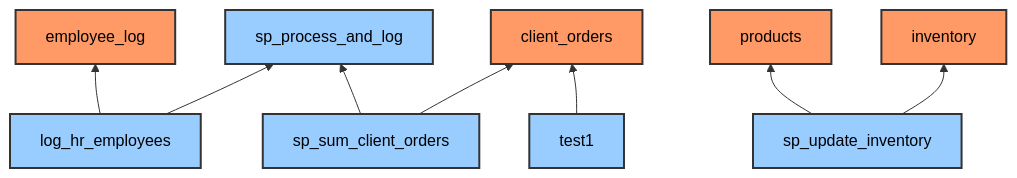
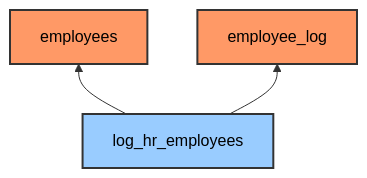
Before and after one commit to 25Jayesh10/Data_Lineage_Analyzer: the diagram in diagrams/lineage.mmd, drawn with Mermaid. The commit also changed 32 other files, not shown here.

```diff
--- a/diagrams/lineage.mmd
+++ b/diagrams/lineage.mmd
@@ -1,13 +1,8 @@
 graph BT
     %% Node styles
     classDef table fill:#f96,stroke:#333,stroke-width:2px,color:#000;
     classDef stored_proc fill:#9cf,stroke:#333,stroke-width:2px ,color:#000;
+    log_hr_employees --> employees
     log_hr_employees --> employee_log
-    sp_sum_client_orders --> client_orders
-    test1 --> client_orders
-    sp_update_inventory --> products
-    sp_update_inventory --> inventory
-    log_hr_employees --> sp_process_and_log
-    sp_sum_client_orders --> sp_process_and_log
-    class inventory,employee_log,client_orders,products,employees table;
-    class log_hr_employees,sp_process_and_log,sp_sum_client_orders,test1,sp_update_inventory stored_proc;
+    class employees,employee_log table;
+    class log_hr_employees stored_proc;
```
